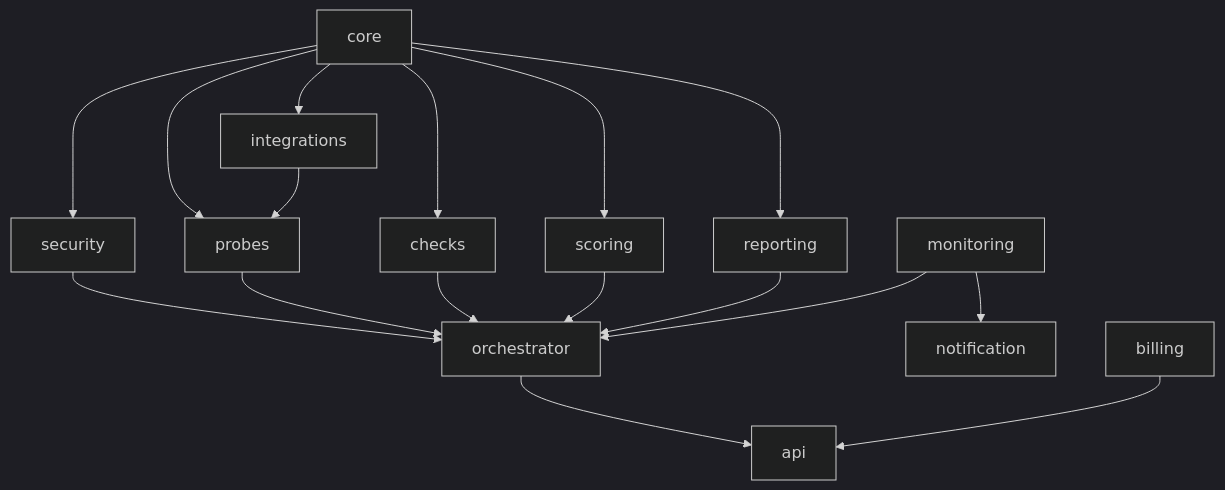
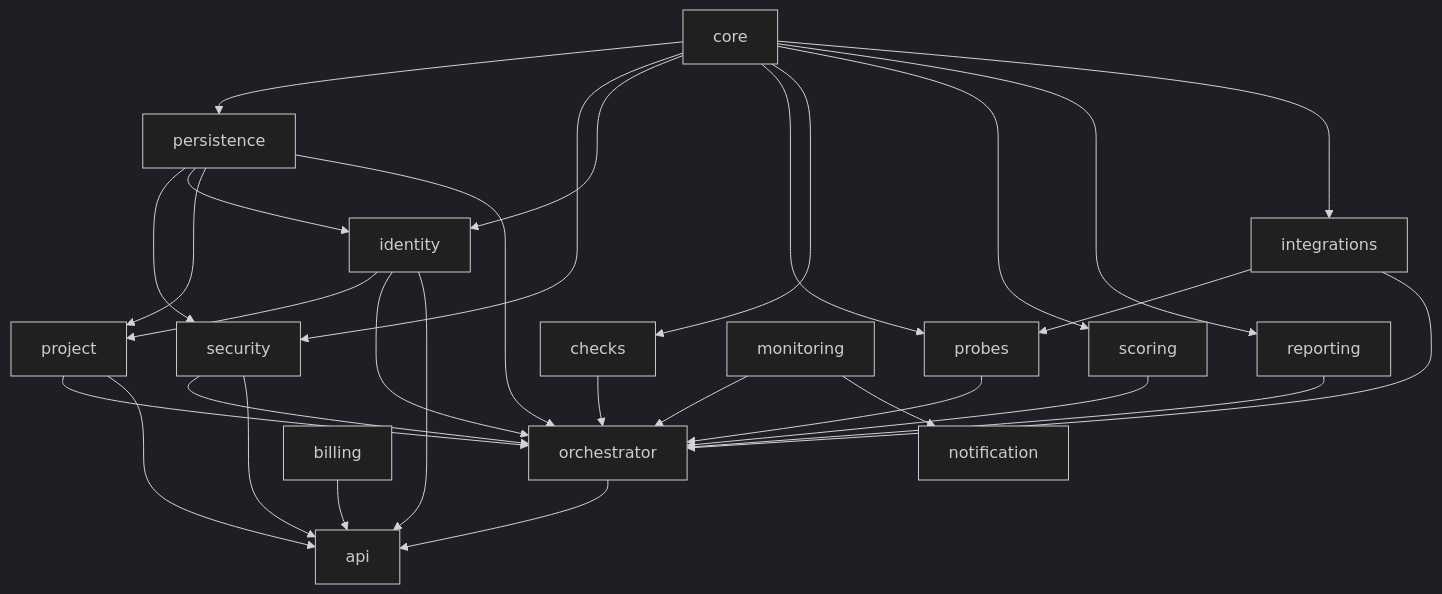
The first of 2 diagrams in docs/modules.md (xsmartbartx/Viglio), drawn with Mermaid (dark theme) before and after one commit. The commit also changed other lines of this file and 4 other files, not shown here.

````diff
--- a/docs/modules.md
+++ b/docs/modules.md
@@ -18,32 +18,48 @@
 ```mermaid
 flowchart TD
     CORE[core]
+    PERSIST[persistence]
     SEC[security]
+    IDENTITY[identity]
+    PROJECT[project]
     PROBES[probes]
     CHECKS[checks]
     SCORING[scoring]
     REPORTING[reporting]
     INTEG[integrations]
     ORCH[orchestrator]
     MONITOR[monitoring]
     NOTIFY[notification]
     BILLING[billing]
     API[api]
 
+    CORE --> PERSIST
     CORE --> SEC
+    CORE --> IDENTITY
     CORE --> PROBES
     CORE --> CHECKS
     CORE --> SCORING
     CORE --> REPORTING
     CORE --> INTEG
+    PERSIST --> SEC
+    PERSIST --> IDENTITY
+    PERSIST --> PROJECT
+    PERSIST --> ORCH
+    IDENTITY --> PROJECT
+    IDENTITY --> ORCH
+    PROJECT --> ORCH
     SEC --> ORCH
     PROBES --> ORCH
     CHECKS --> ORCH
     SCORING --> ORCH
     REPORTING --> ORCH
     INTEG --> PROBES
+    INTEG --> ORCH
     ORCH --> API
+    SEC --> API
+    IDENTITY --> API
+    PROJECT --> API
     MONITOR --> ORCH
     MONITOR --> NOTIFY
     BILLING --> API
 ```
````
